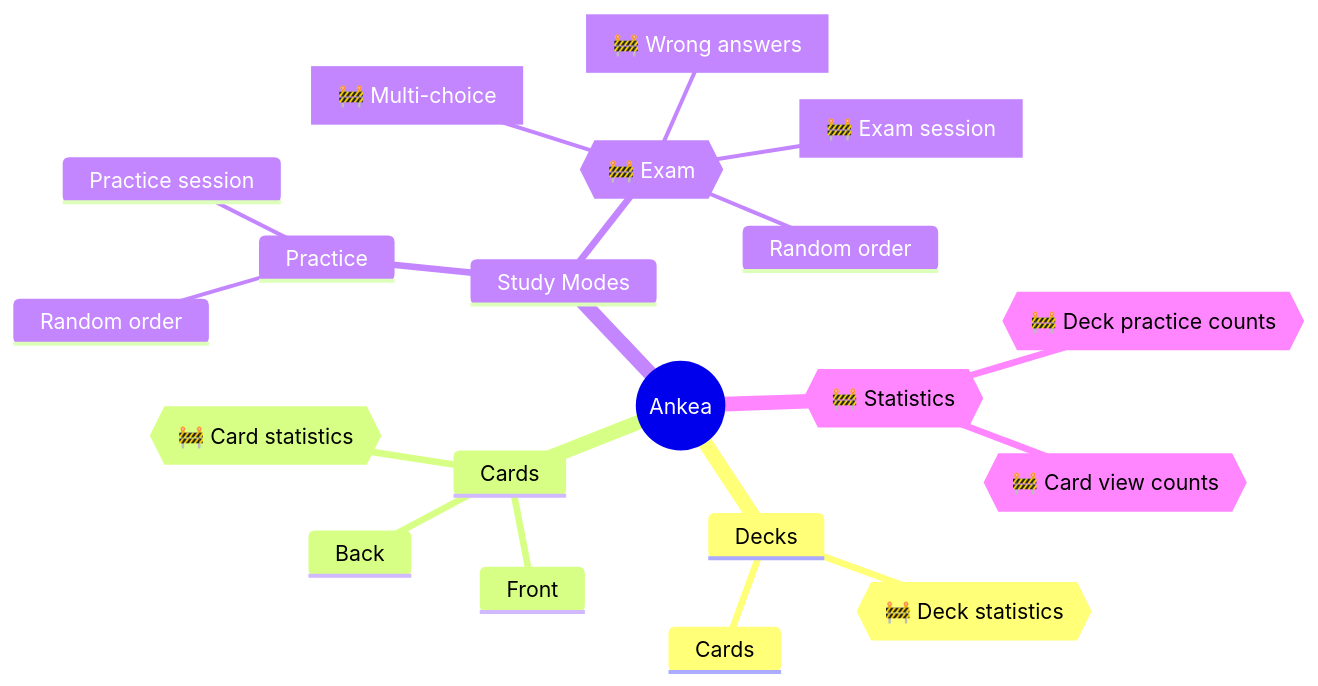
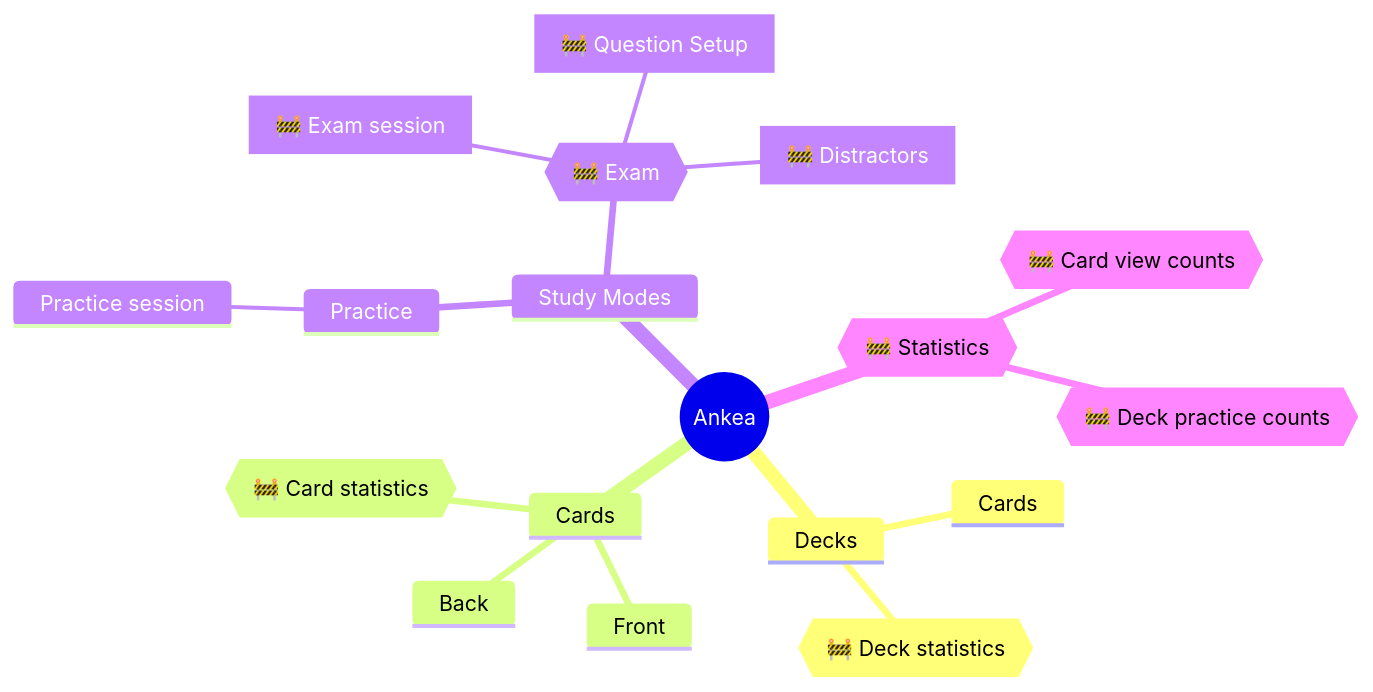
Before and after one commit to sourander/ankea: the third of 4 diagrams in docs/project_plan.md, drawn with Mermaid. The commit also changed other lines of this file, not shown here.

Commit message:
Rethink what belongs into what diagrams. Remove redundant and overengineered data model.

````diff
--- a/docs/project_plan.md
+++ b/docs/project_plan.md
@@ -90,23 +90,21 @@
 ```mermaid
 mindmap
   root((Ankea))
     Decks
         Cards
         Stats{{🚧 Deck statistics}}
     Cards
         Front
         Back
         Stats{{🚧 Card statistics}}
     Study Modes
         Practice
-            Random order
             Practice session
         Exam{{🚧 Exam}}
-            Random order
             Exam session[🚧 Exam session]
-            ExamAltAnswers[🚧 Wrong answers]
-            ExamChoice[🚧 Multi-choice]
+            ExamAltAnswers[🚧 Distractors]
+            ExamChoice[🚧 Question Setup]
     Statistics{{🚧 Statistics}}
         CardViews{{🚧 Card view counts}}
         DeckPrac{{🚧 Deck practice counts}}
 ```
````
